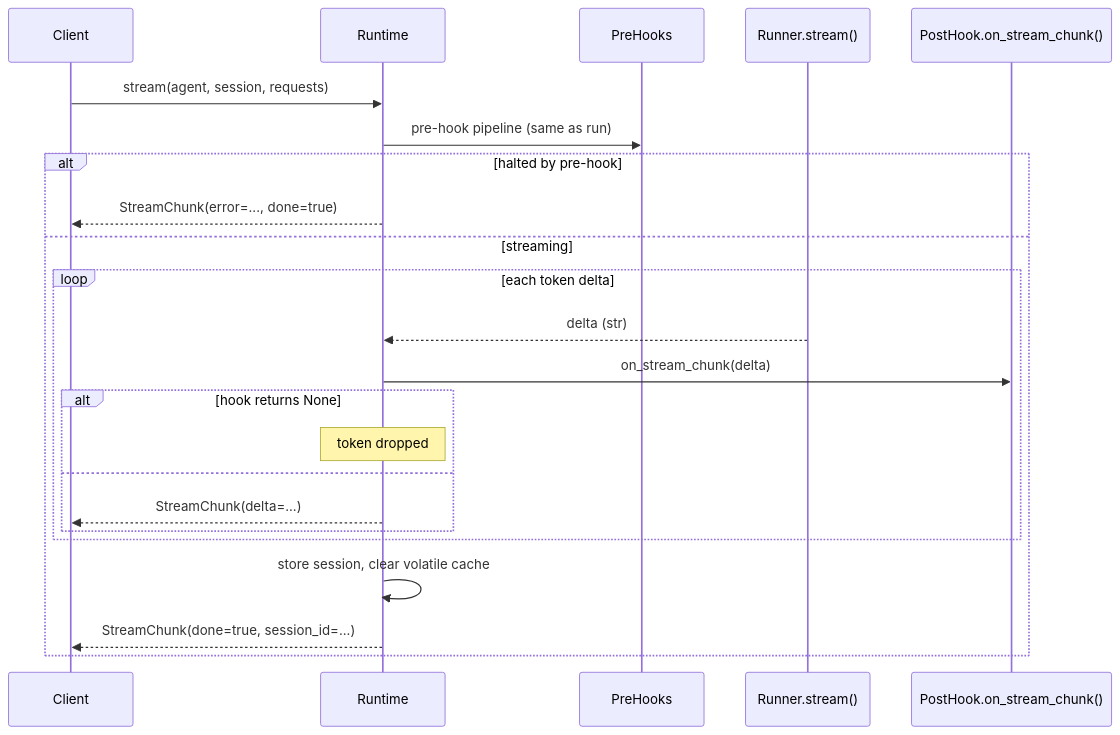
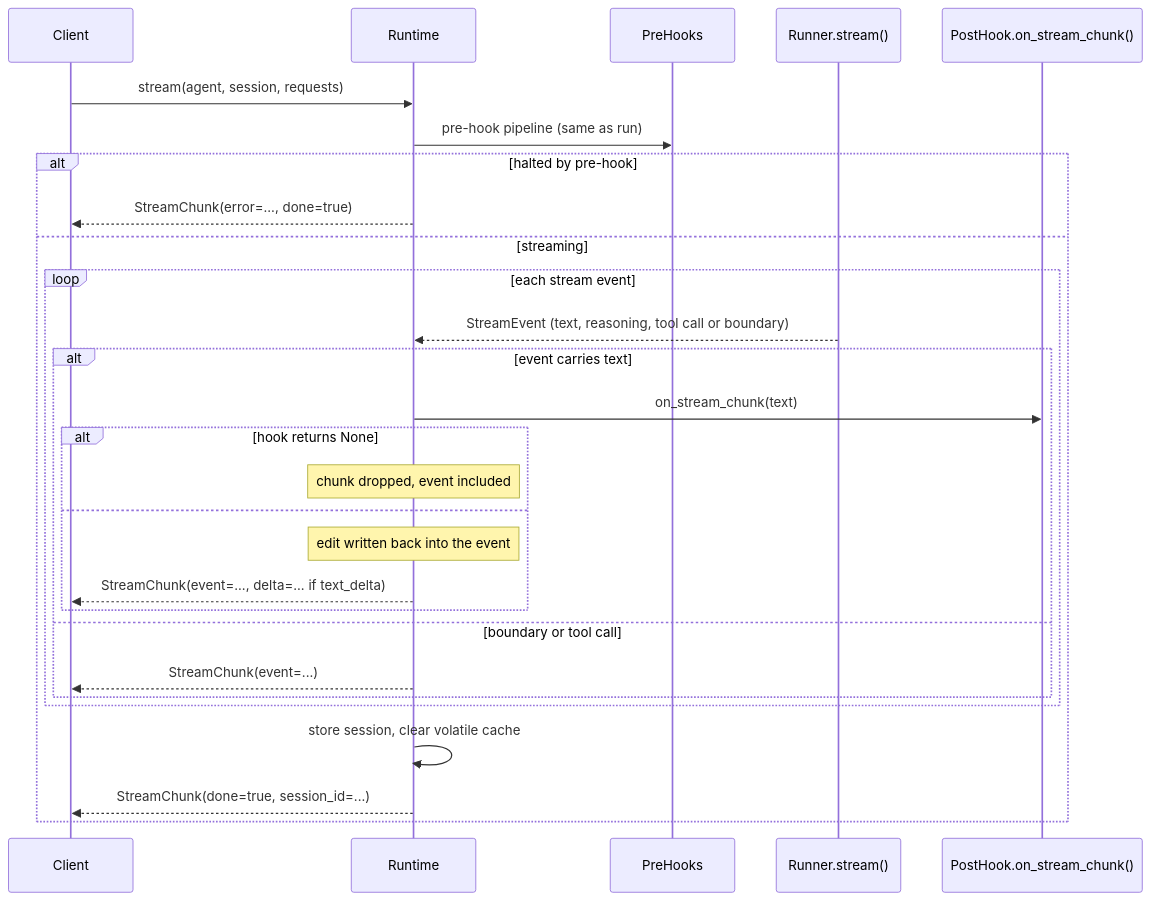
The third of 5 diagrams in docs/docs/architecture/overview.md (yaalalabs/agent-kernel), drawn with Mermaid before and after one commit. The commit also changed 24 other files, not shown here.

````diff
--- a/docs/docs/architecture/overview.md
+++ b/docs/docs/architecture/overview.md
@@ -234,26 +234,31 @@
 ```mermaid
 sequenceDiagram
     participant U as Client
     participant R as Runtime
     participant PH as PreHooks
     participant Run as Runner.stream()
     participant PoH as PostHook.on_stream_chunk()
 
     U->>R: stream(agent, session, requests)
     R->>PH: pre-hook pipeline (same as run)
     alt halted by pre-hook
         R-->>U: StreamChunk(error=..., done=true)
     else streaming
-        loop each token delta
-            Run-->>R: delta (str)
-            R->>PoH: on_stream_chunk(delta)
-            alt hook returns None
-                Note over R: token dropped
-            else
-                R-->>U: StreamChunk(delta=...)
+        loop each stream event
+            Run-->>R: StreamEvent (text, reasoning, tool call or boundary)
+            alt event carries text
+                R->>PoH: on_stream_chunk(text)
+                alt hook returns None
+                    Note over R: chunk dropped, event included
+                else
+                    Note over R: edit written back into the event
+                    R-->>U: StreamChunk(event=..., delta=... if text_delta)
+                end
+            else boundary or tool call
+                R-->>U: StreamChunk(event=...)
             end
         end
         R->>R: store session, clear volatile cache
         R-->>U: StreamChunk(done=true, session_id=...)
     end
 ```
````
